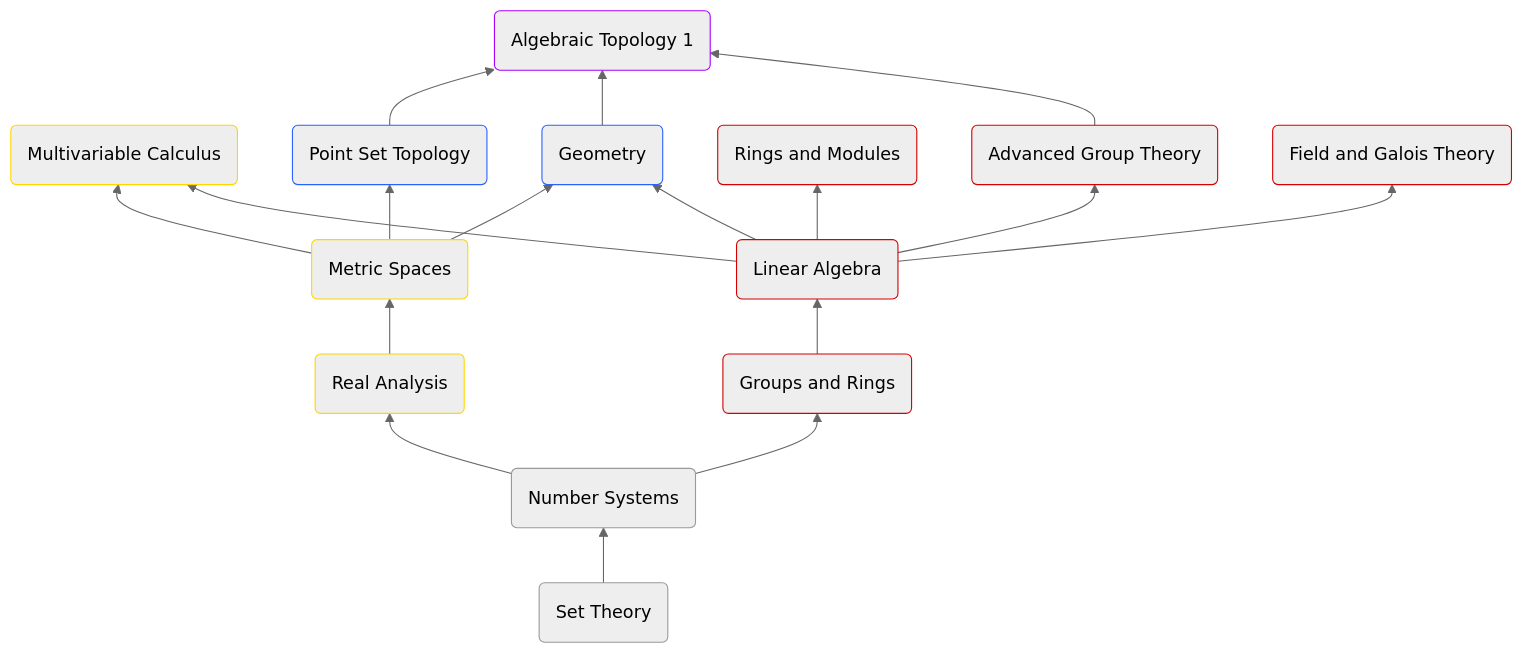
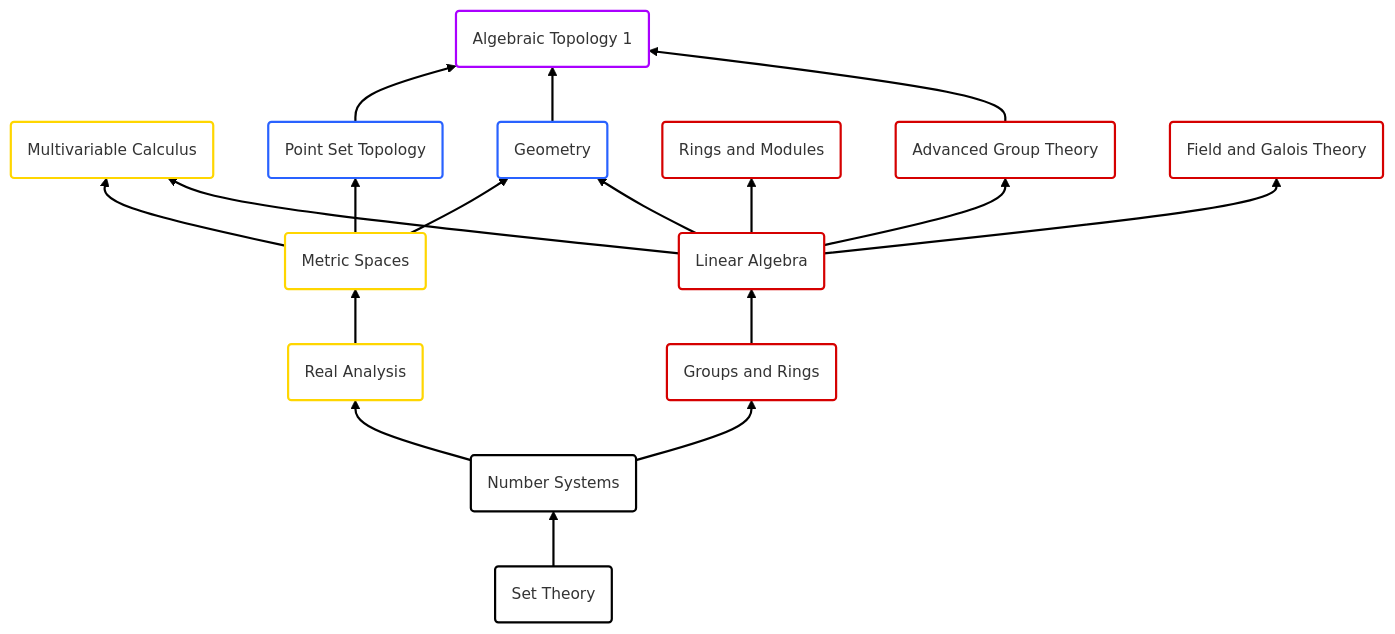
The diagram in README.md (Labix-Liu/Notes), drawn with Mermaid before and after one commit.

````diff
--- a/README.md
+++ b/README.md
@@ -1,36 +1,36 @@
 ```mermaid
 ---
 config:
-  theme: neutral
+  theme: neo
 ---
 flowchart BT
     A("Set Theory") --> B("Number Systems")
     B --> C("Real Analysis") & D("Groups and Rings")
     C --> E("Metric Spaces")
     D --> F("Linear Algebra")
     E --> G("Multivariable Calculus") & H("Point Set Topology") & I("Geometry")
     F --> G & I & J("Rings and Modules") & K("Advanced Group Theory") & L("Field and Galois Theory")
     H --> M("Algebraic Topology 1")
     I --> M
     K --> M
      C:::Analysis
      D:::Algebra
      E:::Analysis
      F:::Algebra
      G:::Analysis
      H:::Class_01
      H:::TopologyGeometry
      H:::TopGeo
      I:::Class_01
      I:::TopologyGeometry
      I:::TopGeo
      J:::Algebra
      K:::Algebra
      L:::Algebra
      M:::AlgTopGeo
     classDef Algebra stroke:#D50000
     classDef AlgTopGeo stroke:#AA00FF
     classDef TopGeo stroke:#2962FF
     classDef Analysis stroke:#FFD600
 
 ```
````
